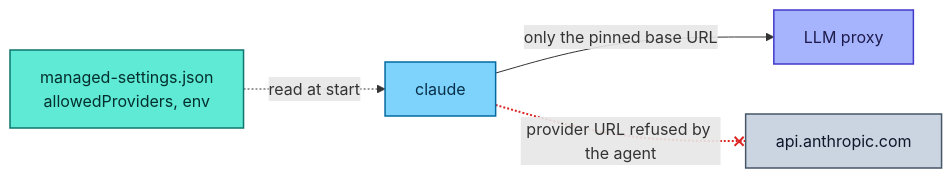
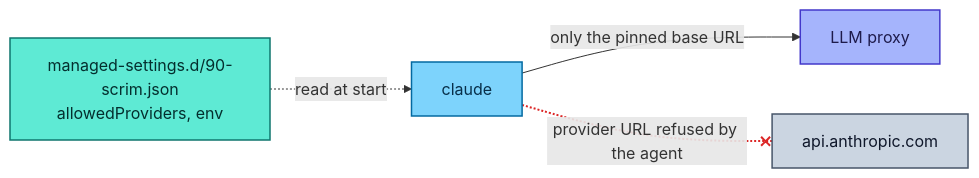
The ninth of 9 diagrams in docs/interception.md (Heliopsy/scrim), drawn with Mermaid before and after one commit. The commit also changed other lines of this file and 27 other files, not shown here.

First line of the commit message:
feat(install): agent hooks and managed agent settings modes

````diff
--- a/docs/interception.md
+++ b/docs/interception.md
@@ -692,15 +734,15 @@
 ```mermaid
 flowchart LR
-  pol["managed-settings.json<br>allowedProviders, env"] -. "read at start" .-> agent["claude"]
+  pol["managed-settings.d/90-scrim.json<br>allowedProviders, env"] -. "read at start" .-> agent["claude"]
   agent -- "only the pinned base URL" --> llm["LLM proxy"]
   agent -. "provider URL refused by the agent" .-x prov["api.anthropic.com"]
   classDef agent fill:#7dd3fc,stroke:#0369a1,stroke-width:1.5px,color:#082f49
   classDef dplane fill:#a5b4fc,stroke:#4338ca,stroke-width:1.5px,color:#1e1b4b
   classDef ext fill:#cbd5e1,stroke:#475569,stroke-width:1.5px,color:#0f172a
   classDef enforce fill:#5eead4,stroke:#0f766e,stroke-width:1.5px,color:#042f2e
   class pol enforce
   class agent agent
   class llm dplane
   class prov ext
   linkStyle 2 stroke:#dc2626,stroke-width:2px
 ```
````
